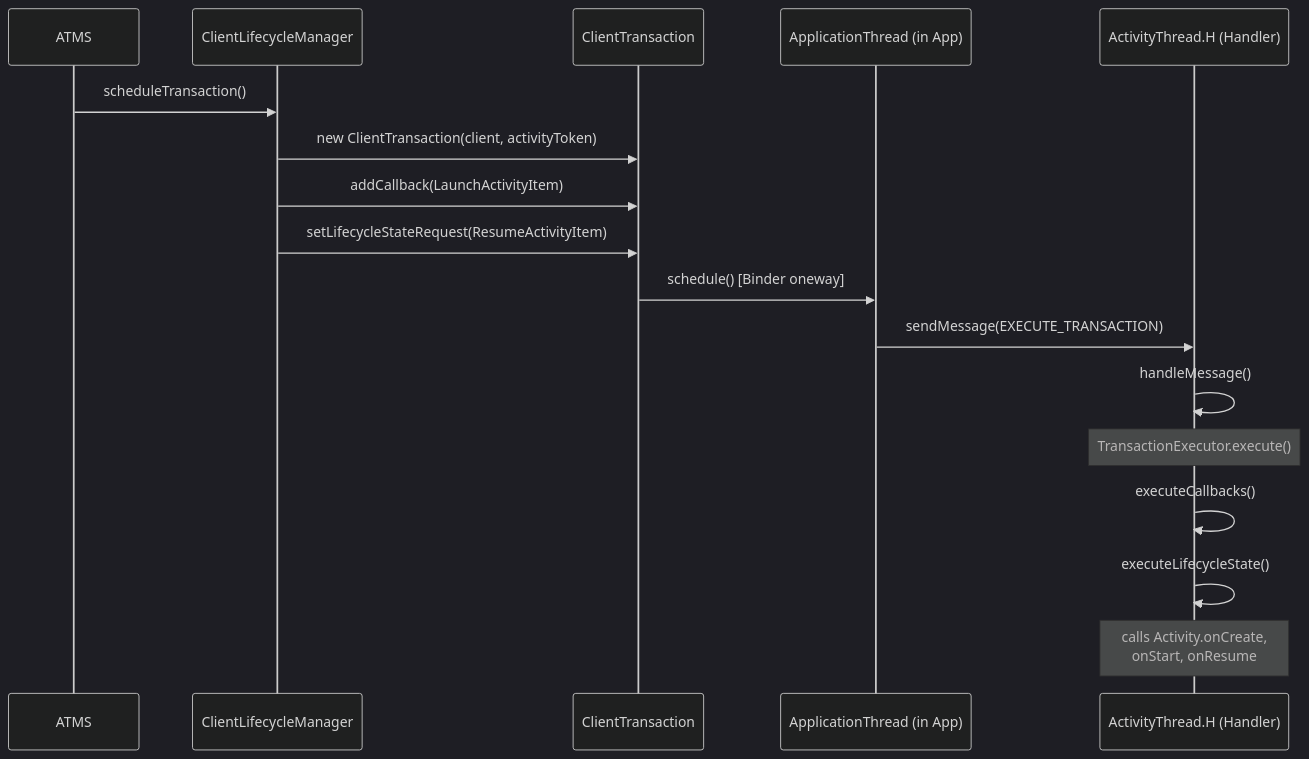
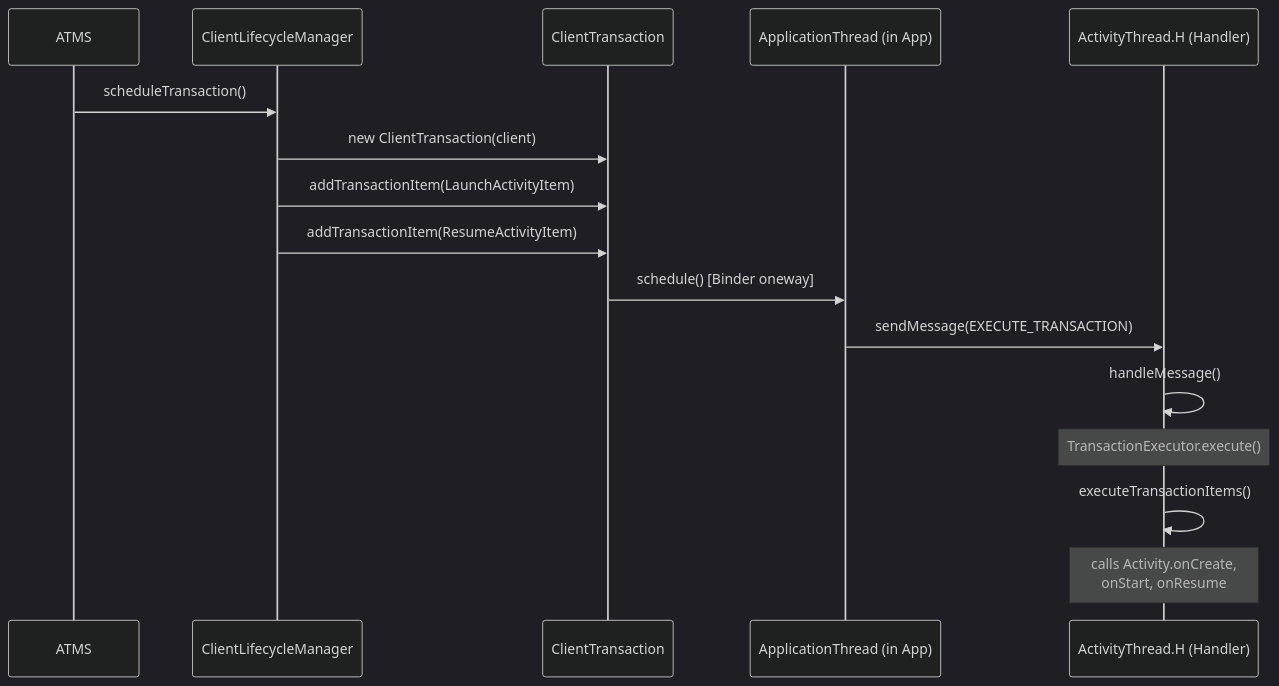
One commit to aospbooks/aosp-internal-book changed the fifth of 41 diagrams in agents/claude/skills/aosp-framework-core/22-activity-and-window.md. Above: the diagram before and after it, drawn with Mermaid (dark theme). The commit also changed other lines of this file and 218 other files, not shown here.

````diff
--- a/agents/claude/skills/aosp-framework-core/22-activity-and-window.md
+++ b/agents/claude/skills/aosp-framework-core/22-activity-and-window.md
@@ -560,20 +561,19 @@
 ```mermaid
 sequenceDiagram
     participant ATMS
     participant CLM as ClientLifecycleManager
     participant CT as ClientTransaction
     participant AT as ApplicationThread (in App)
     participant AH as ActivityThread.H (Handler)
 
     ATMS->>CLM: scheduleTransaction()
-    CLM->>CT: new ClientTransaction(client, activityToken)
-    CLM->>CT: addCallback(LaunchActivityItem)
-    CLM->>CT: setLifecycleStateRequest(ResumeActivityItem)
+    CLM->>CT: new ClientTransaction(client)
+    CLM->>CT: addTransactionItem(LaunchActivityItem)
+    CLM->>CT: addTransactionItem(ResumeActivityItem)
     CT->>AT: schedule() [Binder oneway]
     AT->>AH: sendMessage(EXECUTE_TRANSACTION)
     AH->>AH: handleMessage()
     Note over AH: TransactionExecutor.execute()
-    AH->>AH: executeCallbacks()
-    AH->>AH: executeLifecycleState()
+    AH->>AH: executeTransactionItems()
     Note over AH: calls Activity.onCreate,<br/>onStart, onResume
 ```
````
